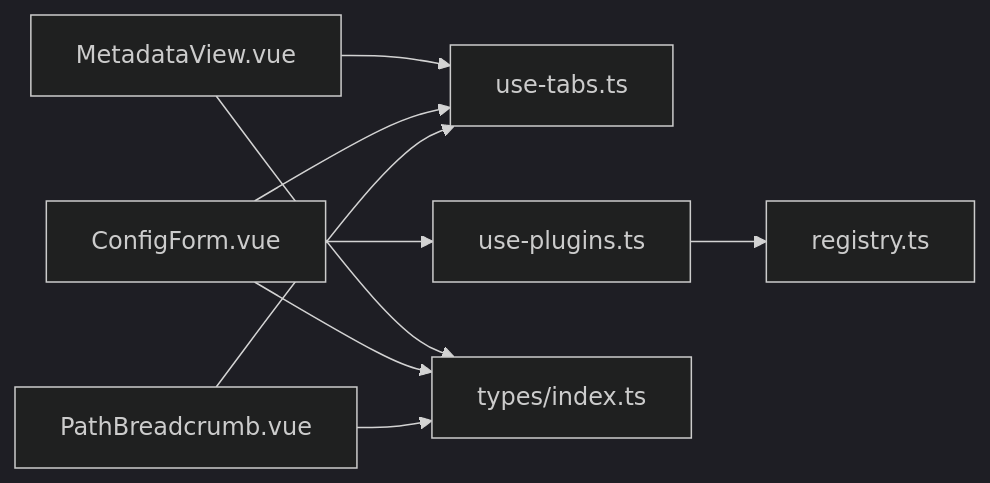
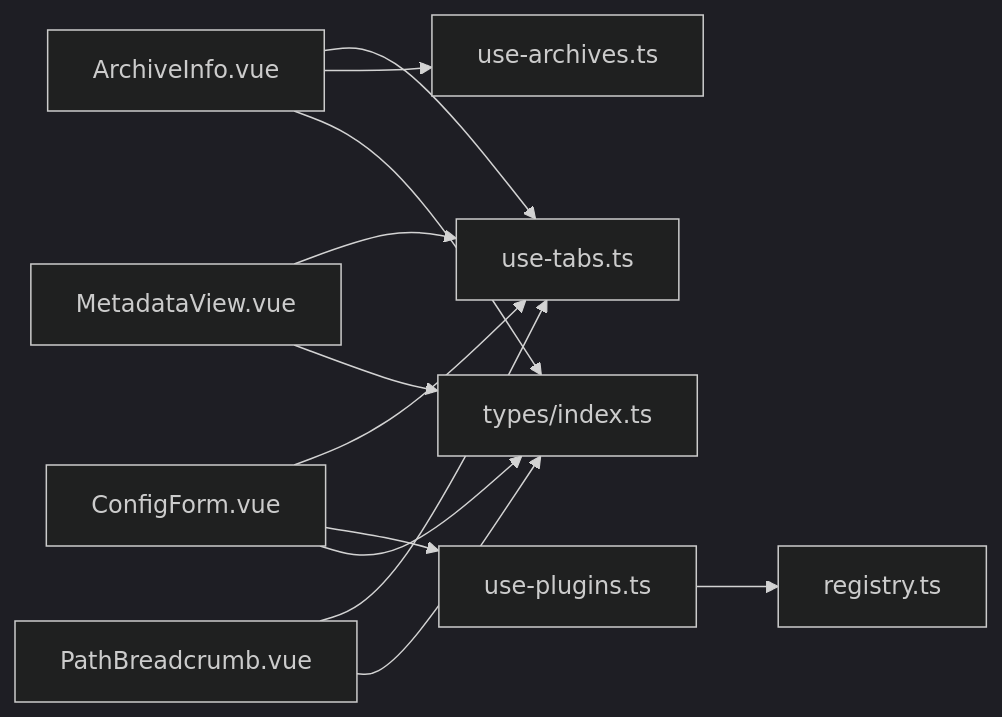
The seventh of 7 diagrams in .qoder/repowiki/zh/content/用户界面/核心组件/属性面板组件/属性面板组件.md (taoweidong/Hello-Tauri), drawn with Mermaid (dark theme) before and after one commit. The commit also changed other lines of this file and 14 other files, not shown here.

````diff
--- a/.qoder/repowiki/zh/content/用户界面/核心组件/属性面板组件/属性面板组件.md
+++ b/.qoder/repowiki/zh/content/用户界面/核心组件/属性面板组件/属性面板组件.md
@@ -269,11 +330,14 @@
 ```mermaid
 graph LR
-MV["MetadataView.vue"] --> UT["use-tabs.ts"]
+AI["ArchiveInfo.vue"] --> UT["use-tabs.ts"]
+AI --> UA["use-archives.ts"]
+MV["MetadataView.vue"] --> UT
 CF["ConfigForm.vue"] --> UT
 CF --> UP["use-plugins.ts"]
 UP --> REG["registry.ts"]
 PB["PathBreadcrumb.vue"] --> UT
-MV --> TYP["types/index.ts"]
+AI --> TYP["types/index.ts"]
+MV --> TYP
 CF --> TYP
 PB --> TYP
 ```
````
